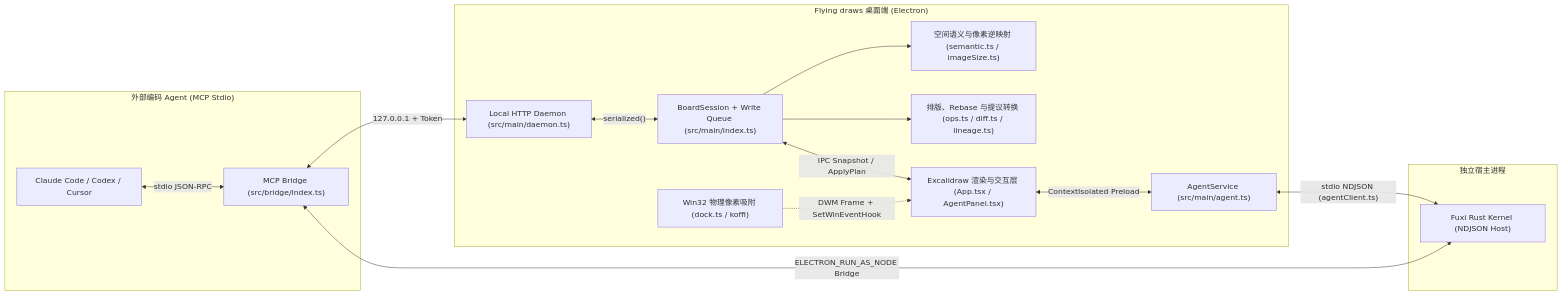
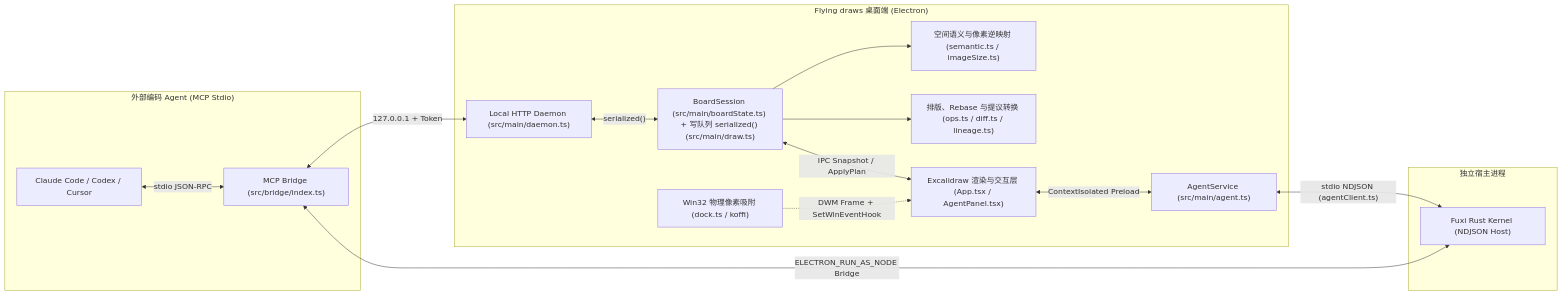
The first of 3 diagrams in docs/architecture.md (jian-in/Flying-draws), drawn with Mermaid before and after one commit. The commit also changed 4 other files, not shown here.

````diff
--- a/docs/architecture.md
+++ b/docs/architecture.md
@@ -11,33 +11,33 @@
 ```mermaid
 flowchart LR
   subgraph Ext["外部编码 Agent (MCP Stdio)"]
     CC["Claude Code / Codex / Cursor"]
     BR["MCP Bridge (src/bridge/index.ts)"]
     CC <-->|"stdio JSON-RPC"| BR
   end
 
   subgraph App["Flying draws 桌面端 (Electron)"]
     DM["Local HTTP Daemon (src/main/daemon.ts)"]
-    CORE["BoardSession + Write Queue (src/main/index.ts)"]
+    CORE["BoardSession (src/main/boardState.ts) + 写队列 serialized() (src/main/draw.ts)"]
     SEM["空间语义与像素逆映射 (semantic.ts / imageSize.ts)"]
     OPS["排版、Rebase 与提议转换 (ops.ts / diff.ts / lineage.ts)"]
     DOCK["Win32 物理像素吸附 (dock.ts / koffi)"]
     AG["AgentService (src/main/agent.ts)"]
     UI["Excalidraw 渲染与交互层 (App.tsx / AgentPanel.tsx)"]
 
     DM <-->|"serialized()"| CORE
     CORE --> SEM
     CORE --> OPS
     CORE <-->|"IPC Snapshot / ApplyPlan"| UI
     DOCK -.->|"DWM Frame + SetWinEventHook"| UI
     UI <-->|"ContextIsolated Preload"| AG
   end
 
   subgraph Host["独立宿主进程"]
     FX["Fuxi Rust Kernel (NDJSON Host)"]
   end
 
   BR <-->|"127.0.0.1 + Token"| DM
   AG <-->|"stdio NDJSON (agentClient.ts)"| FX
   FX <-->|"ELECTRON_RUN_AS_NODE Bridge"| BR
 ```
````
